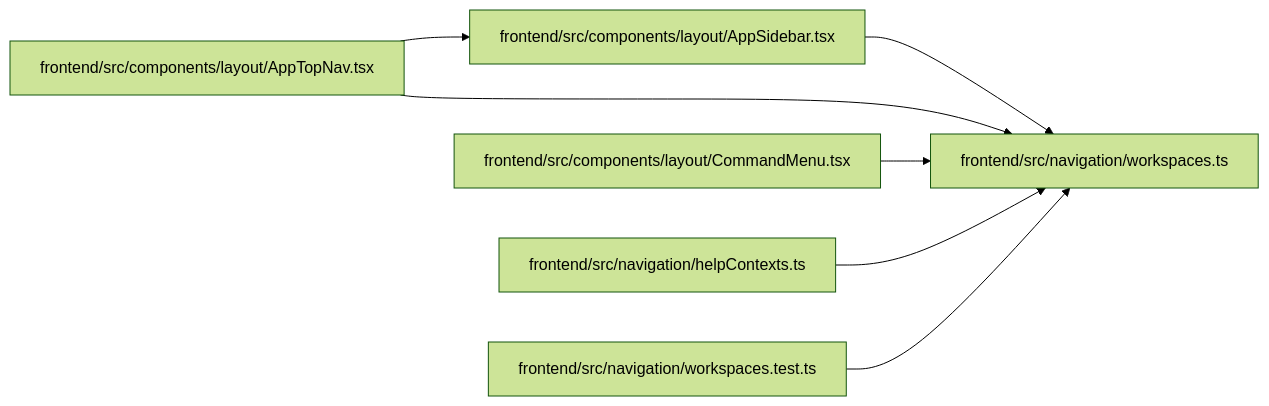
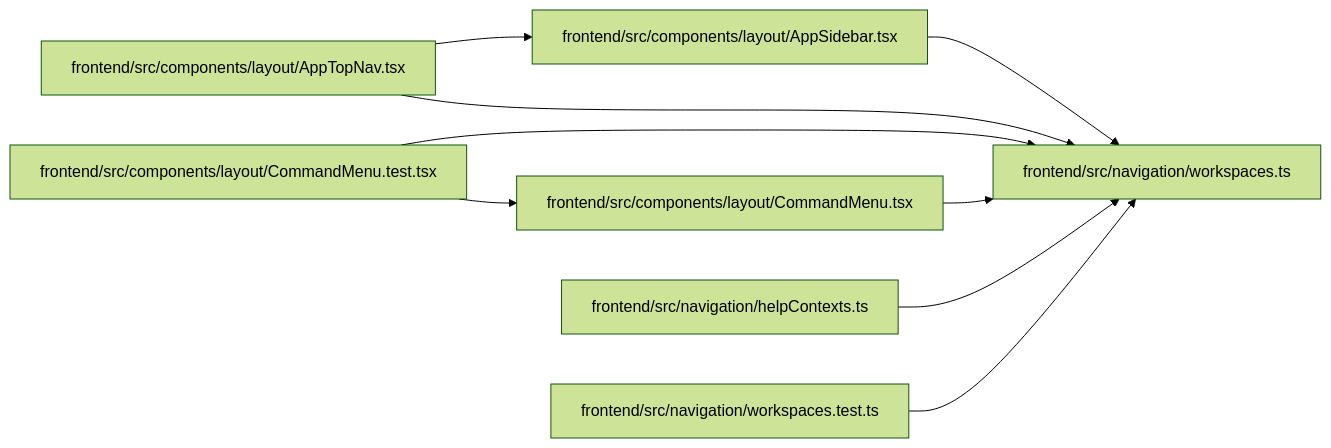
The diagram in docs/llm_wiki/modules/workspaces.md (Denissvgn/WorkChord), drawn with Mermaid (forest theme) before and after one commit. The commit also changed other lines of this file and 331 other files, not shown here.

````diff
--- a/docs/llm_wiki/modules/workspaces.md
+++ b/docs/llm_wiki/modules/workspaces.md
@@ -29,21 +29,25 @@
 ```mermaid
 flowchart LR
     n0["frontend/src/components/layout/AppSidebar.tsx"]
     n1["frontend/src/components/layout/AppTopNav.tsx"]
-    n2["frontend/src/components/layout/CommandMenu.tsx"]
-    n3["frontend/src/navigation/helpContexts.ts"]
-    n4["frontend/src/navigation/workspaces.test.ts"]
-    n5["frontend/src/navigation/workspaces.ts"]
-    n0 --> n5
+    n2["frontend/src/components/layout/CommandMenu.test.tsx"]
+    n3["frontend/src/components/layout/CommandMenu.tsx"]
+    n4["frontend/src/navigation/helpContexts.ts"]
+    n5["frontend/src/navigation/workspaces.test.ts"]
+    n6["frontend/src/navigation/workspaces.ts"]
+    n0 --> n6
     n1 --> n0
-    n1 --> n5
-    n2 --> n5
-    n3 --> n5
-    n4 --> n5
+    n1 --> n6
+    n2 --> n3
+    n2 --> n6
+    n3 --> n6
+    n4 --> n6
+    n5 --> n6
     click n0 "../modules/AppSidebar.md"
     click n1 "../modules/AppTopNav.md"
-    click n2 "../modules/CommandMenu.md"
-    click n3 "../modules/helpContexts.md"
-    click n4 "../modules/workspaces.test.md"
-    click n5 "../modules/workspaces.md"
+    click n2 "../modules/CommandMenu.test.md"
+    click n3 "../modules/CommandMenu.md"
+    click n4 "../modules/helpContexts.md"
+    click n5 "../modules/workspaces.test.md"
+    click n6 "../modules/workspaces.md"
 ```
````
